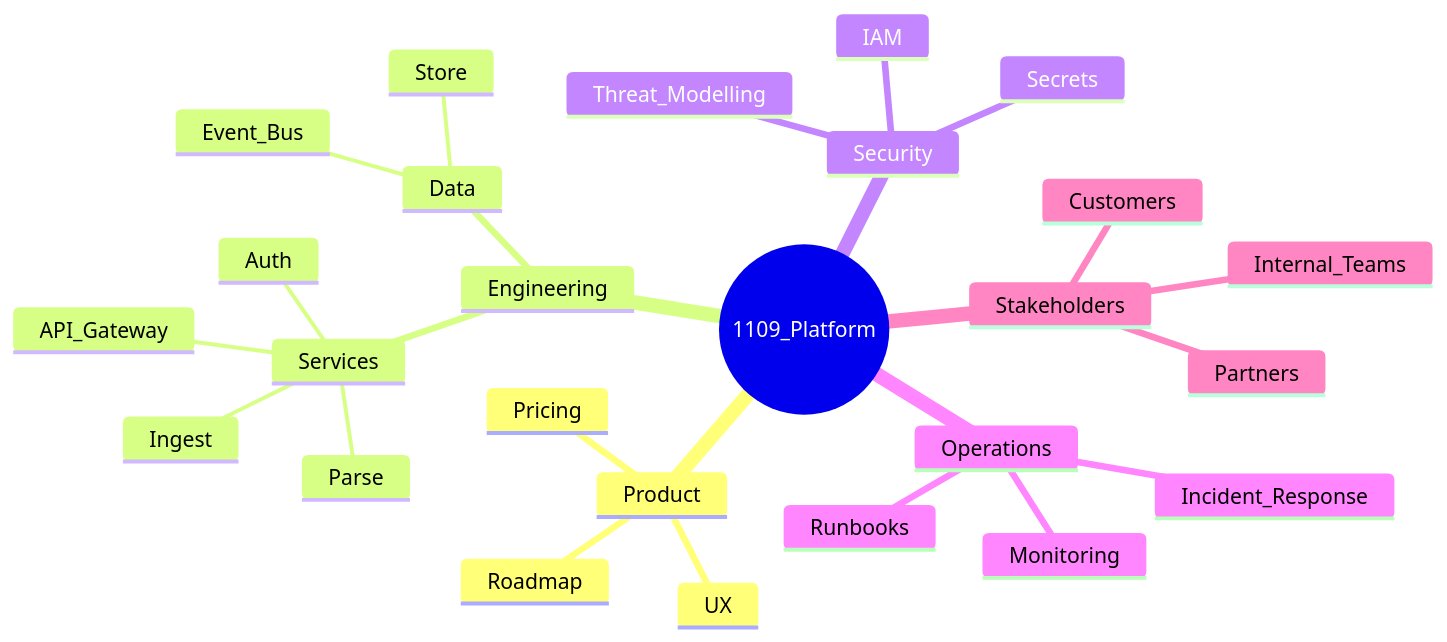
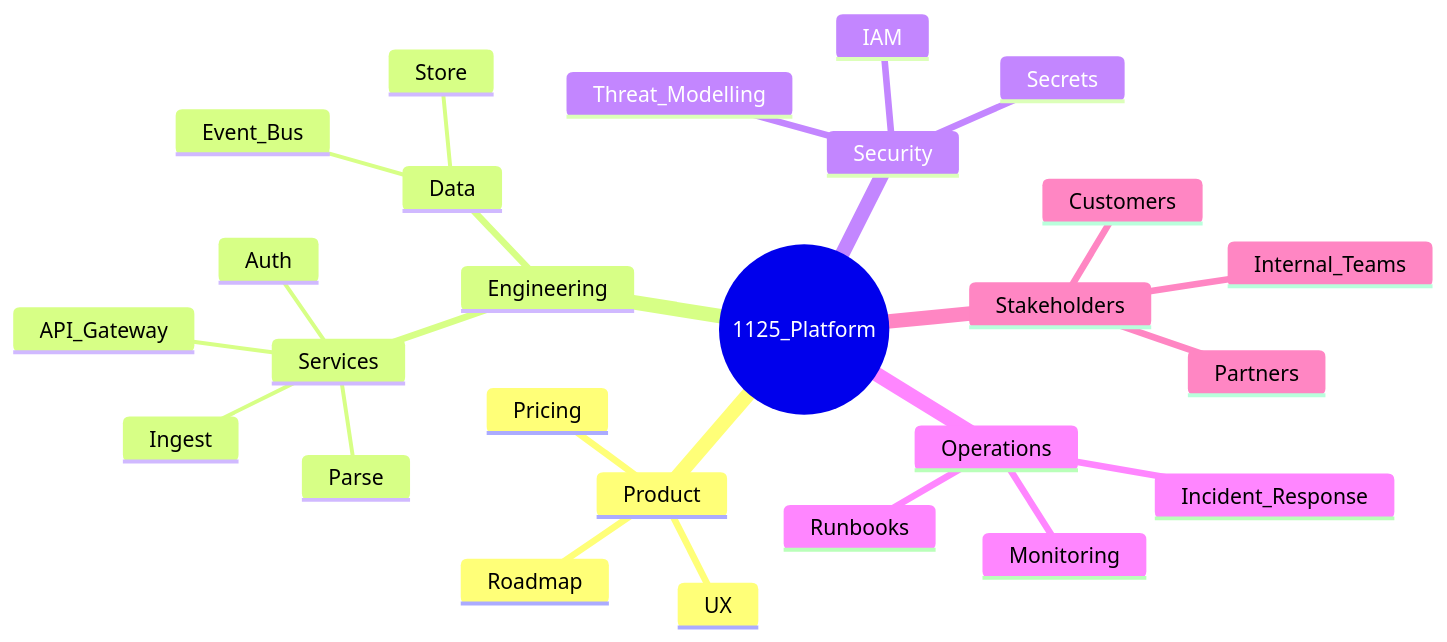
One commit to Beyondthemountain/RoboMermaid changed the diagram in diagrams-src/PlatformMindMap.mmd. Above: the diagram before and after it, drawn with Mermaid.

Commit message:
Update PlatformMindMap.mmd
edit core diagram

```diff
--- a/diagrams-src/PlatformMindMap.mmd
+++ b/diagrams-src/PlatformMindMap.mmd
@@ -1,58 +1,58 @@
 mindmap
 %% Global (included in all views)
-  root((1109_Platform))
+  root((1125_Platform))
 
 %%@view:overview,product
     Product
 %%@view:product
       Roadmap
 %%@view:product
       UX
 %%@view:product
       Pricing
 
 %%@view:overview,engineering
     Engineering
 %%@view:engineering
       Services
 %%@view:engineering
         API_Gateway
 %%@view:engineering
         Auth
 %%@view:engineering
         Ingest
 %%@view:engineering
         Parse
 %%@view:engineering
       Data
 %%@view:engineering
         Store
 %%@view:engineering
         Event_Bus
 
 %%@view:overview,security
     Security
 %%@view:security
       IAM
 %%@view:security
       Secrets
 %%@view:security
       Threat_Modelling
 
 %%@view:overview,ops
     Operations
 %%@view:ops
       Monitoring
 %%@view:ops
       Incident_Response
 %%@view:ops
       Runbooks
 
 %%@view:overview,stakeholders
     Stakeholders
 %%@view:stakeholders
       Customers
 %%@view:stakeholders
       Partners
 %%@view:stakeholders
       Internal_Teams
```
